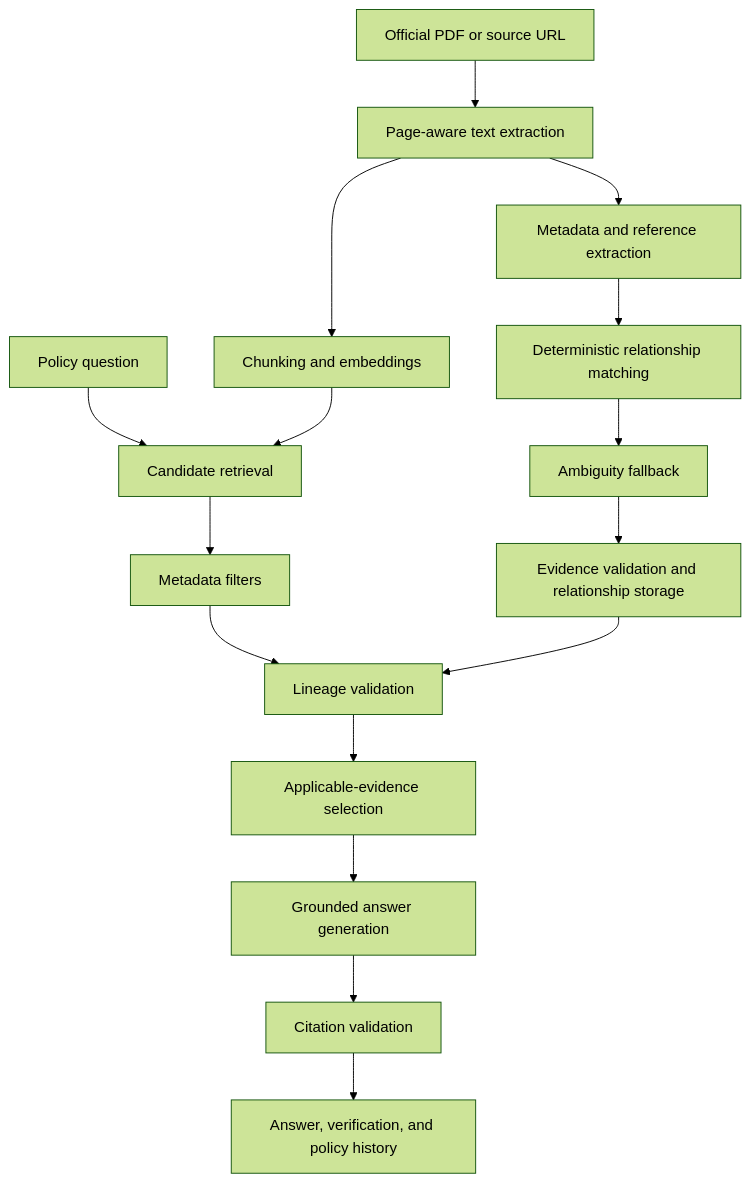
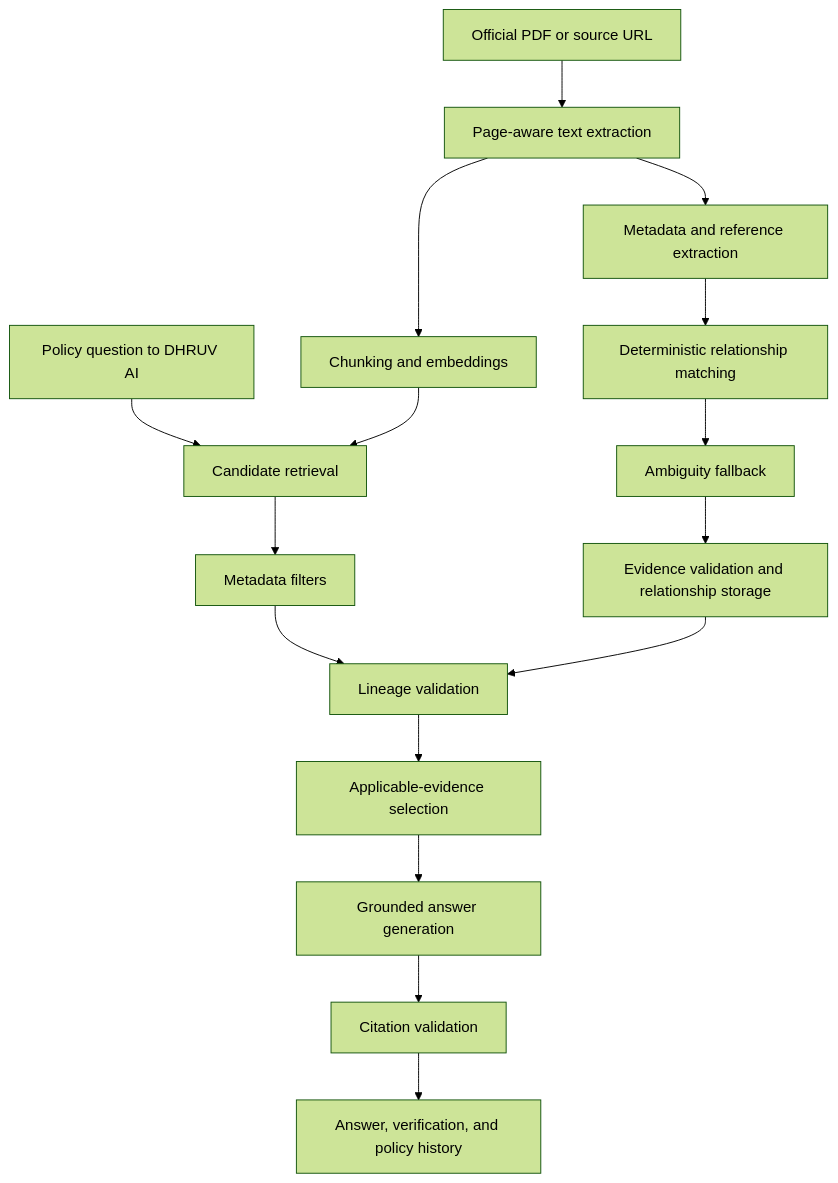
One commit to divyanshgangurde/MeraHaq-AI changed the first of 2 diagrams in PROJECT_ARCHITECTURE.md. Above: the diagram before and after it, drawn with Mermaid (forest theme). The commit also changed other lines of this file and 15 other files, not shown here.

````diff
--- a/PROJECT_ARCHITECTURE.md
+++ b/PROJECT_ARCHITECTURE.md
@@ -7,19 +7,19 @@
 ```mermaid
 flowchart TD
-  Q[Policy question] --> CR[Candidate retrieval]
+  Q[Policy question to DHRUV AI] --> CR[Candidate retrieval]
   CR --> MF[Metadata filters]
   MF --> LV[Lineage validation]
   LV --> CE[Applicable-evidence selection]
   CE --> AG[Grounded answer generation]
   AG --> CV[Citation validation]
   CV --> UI[Answer, verification, and policy history]
 
   PDF[Official PDF or source URL] --> TX[Page-aware text extraction]
   TX --> MX[Metadata and reference extraction]
   MX --> DM[Deterministic relationship matching]
   DM --> AF[Ambiguity fallback]
   AF --> EV[Evidence validation and relationship storage]
   EV --> LV
   TX --> CH[Chunking and embeddings]
   CH --> CR
 ```
````
